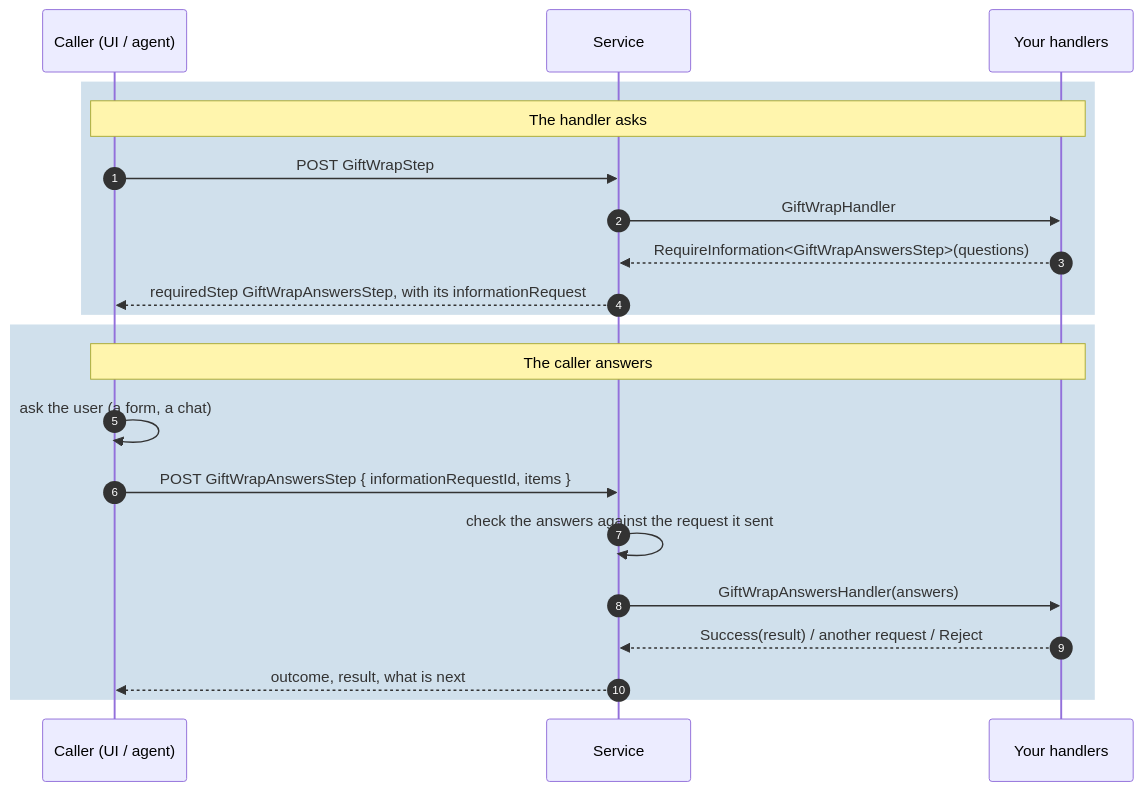
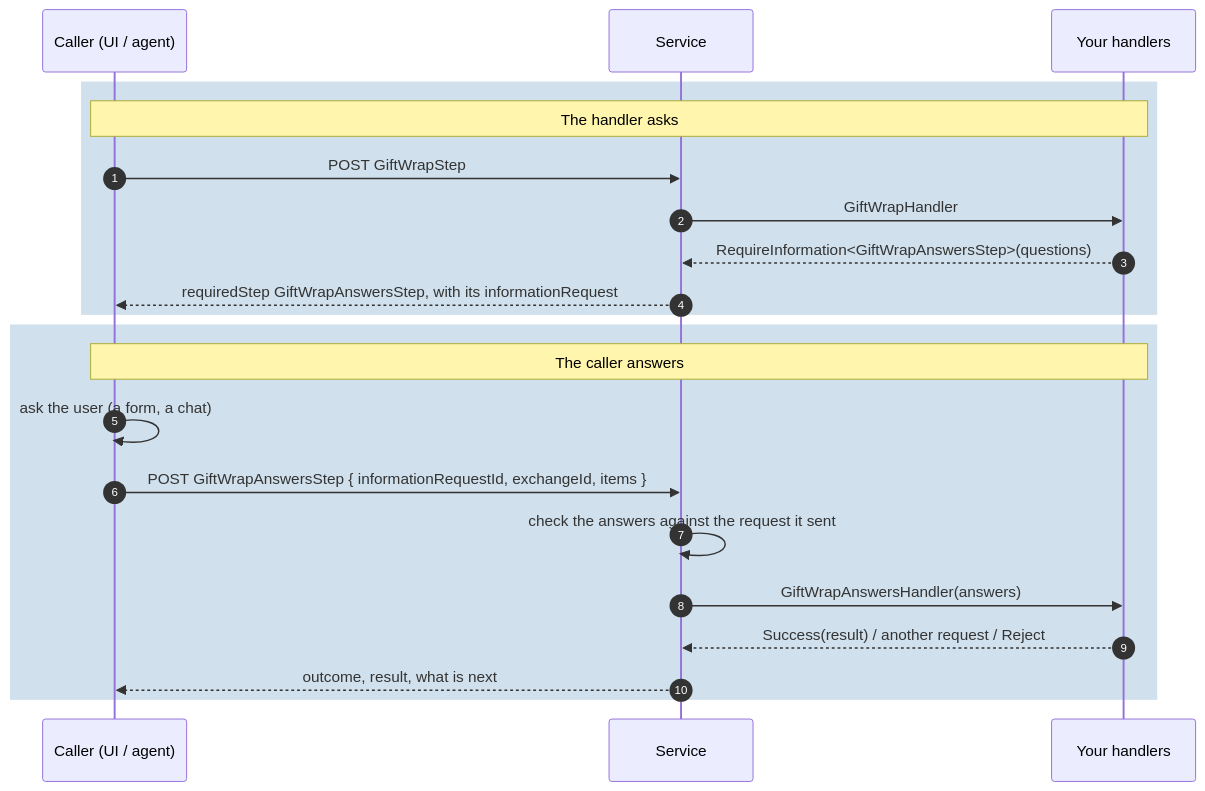
The diagram in docs/guide/information-requests.md (no1ross/Kaleido), drawn with Mermaid before and after one commit. The commit also changed other lines of this file and 40 other files, not shown here.

````diff
--- a/docs/guide/information-requests.md
+++ b/docs/guide/information-requests.md
@@ -10,25 +10,25 @@
 ```mermaid
 sequenceDiagram
     autonumber
     participant C as Caller (UI / agent)
     participant S as Service
     participant H as Your handlers
 
     rect rgba(70, 130, 180, 0.25)
         Note over C,H: The handler asks
         C->>S: POST GiftWrapStep
         S->>H: GiftWrapHandler
         H-->>S: RequireInformation<GiftWrapAnswersStep>(questions)
         S-->>C: requiredStep GiftWrapAnswersStep, with its informationRequest
     end
 
     rect rgba(70, 130, 180, 0.25)
         Note over C,H: The caller answers
         C->>C: ask the user (a form, a chat)
-        C->>S: POST GiftWrapAnswersStep { informationRequestId, items }
+        C->>S: POST GiftWrapAnswersStep { informationRequestId, exchangeId, items }
         S->>S: check the answers against the request it sent
         S->>H: GiftWrapAnswersHandler(answers)
         H-->>S: Success(result) / another request / Reject
         S-->>C: outcome, result, what is next
     end
 ```
````
